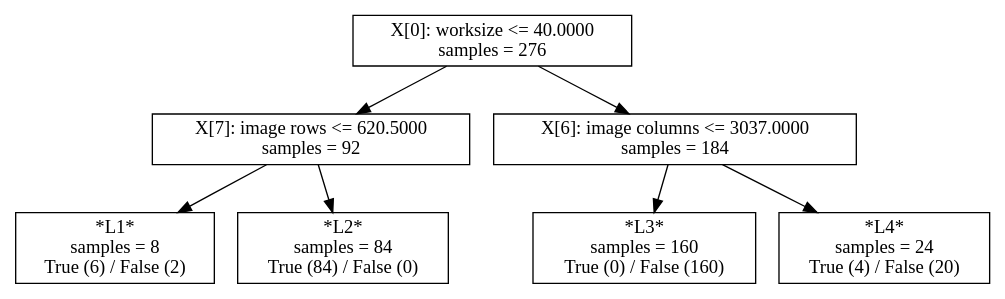
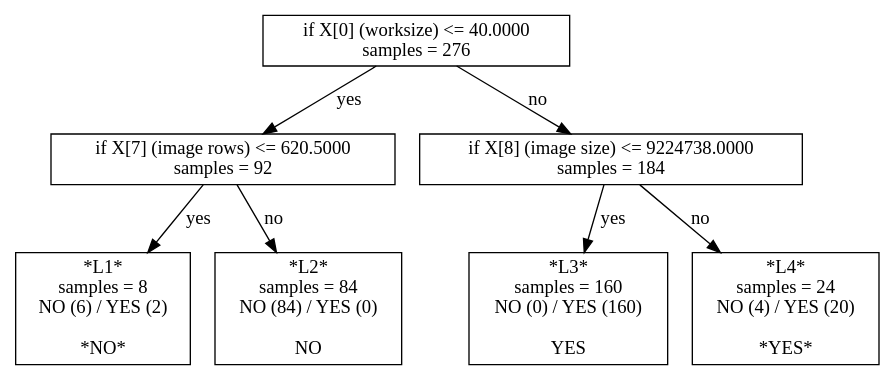
One commit to ctuning/reproduce-ck-paper-large-experiments changed the diagram in script/reproduce-hog-modeling/t604-second-set-of-features-depth2/model-sklearn-dtc.model.dot. Above: the diagram before and after it, drawn with Graphviz. The commit also changed 199 other files, not shown here.

```diff
--- a/script/reproduce-hog-modeling/t604-second-set-of-features-depth2/model-sklearn-dtc.model.dot
+++ b/script/reproduce-hog-modeling/t604-second-set-of-features-depth2/model-sklearn-dtc.model.dot
@@ -1,15 +1,15 @@
 digraph Tree {
-0 [label="X[0]: worksize <= 40.0000\nsamples = 276", shape="box"] ;
-1 [label="X[7]: image rows <= 620.5000\nsamples = 92", shape="box"] ;
-0 -> 1 ;
-2 [label="*L1*\nsamples = 8\nTrue (6) / False (2)", shape="box"] ;
-1 -> 2 ;
-3 [label="*L2*\nsamples = 84\nTrue (84) / False (0)", shape="box"] ;
-1 -> 3 ;
-4 [label="X[6]: image columns <= 3037.0000\nsamples = 184", shape="box"] ;
-0 -> 4 ;
-5 [label="*L3*\nsamples = 160\nTrue (0) / False (160)", shape="box"] ;
-4 -> 5 ;
-6 [label="*L4*\nsamples = 24\nTrue (4) / False (20)", shape="box"] ;
-4 -> 6 ;
+0 [label="if X[0] (worksize) <= 40.0000\nsamples = 276", shape="box"] ;
+1 [label="if X[7] (image rows) <= 620.5000\nsamples = 92", shape="box"] ;
+0 -> 1 [label="yes"];
+2 [label="*L1*\nsamples = 8\nNO (6) / YES (2)\n\n*NO*", shape="box"] ;
+1 -> 2 [label="yes"];
+3 [label="*L2*\nsamples = 84\nNO (84) / YES (0)\n\nNO", shape="box"] ;
+1 -> 3 [label="no"];
+4 [label="if X[8] (image size) <= 9224738.0000\nsamples = 184", shape="box"] ;
+0 -> 4 [label="no"];
+5 [label="*L3*\nsamples = 160\nNO (0) / YES (160)\n\nYES", shape="box"] ;
+4 -> 5 [label="yes"];
+6 [label="*L4*\nsamples = 24\nNO (4) / YES (20)\n\n*YES*", shape="box"] ;
+4 -> 6 [label="no"];
 }
```
